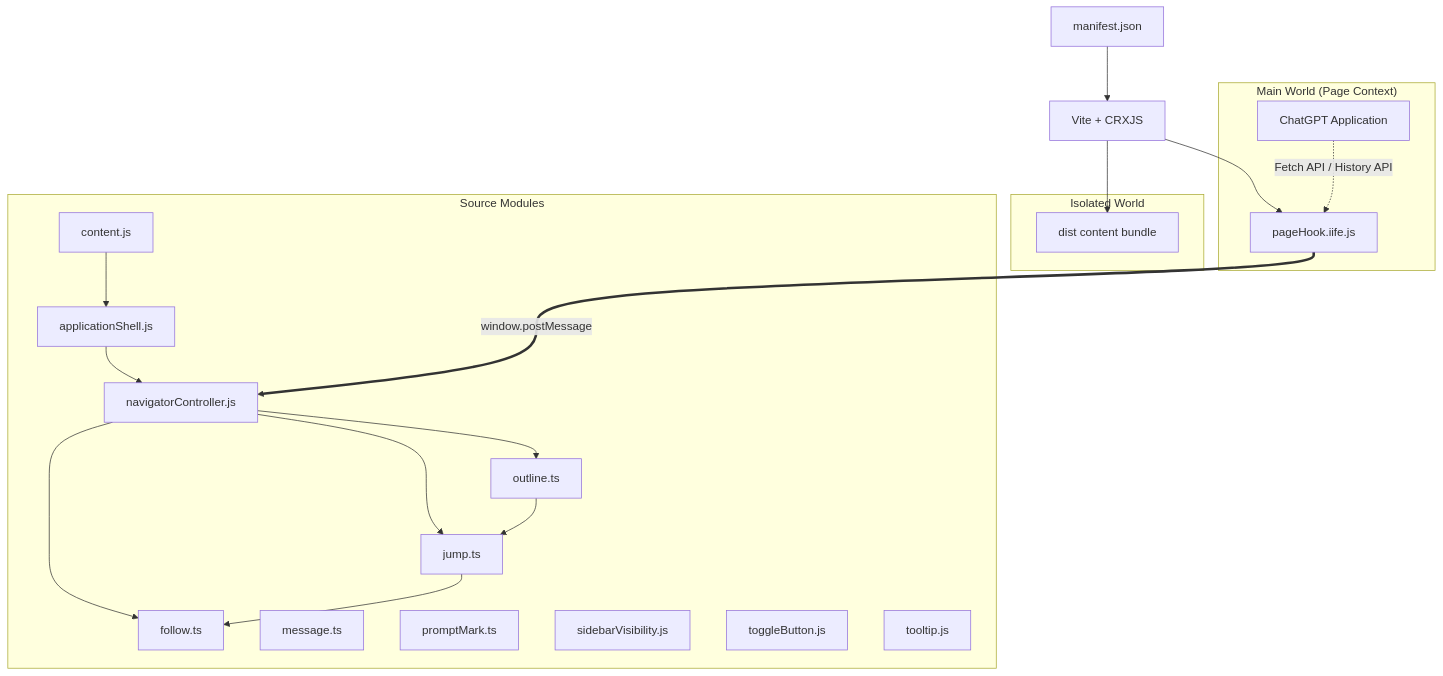
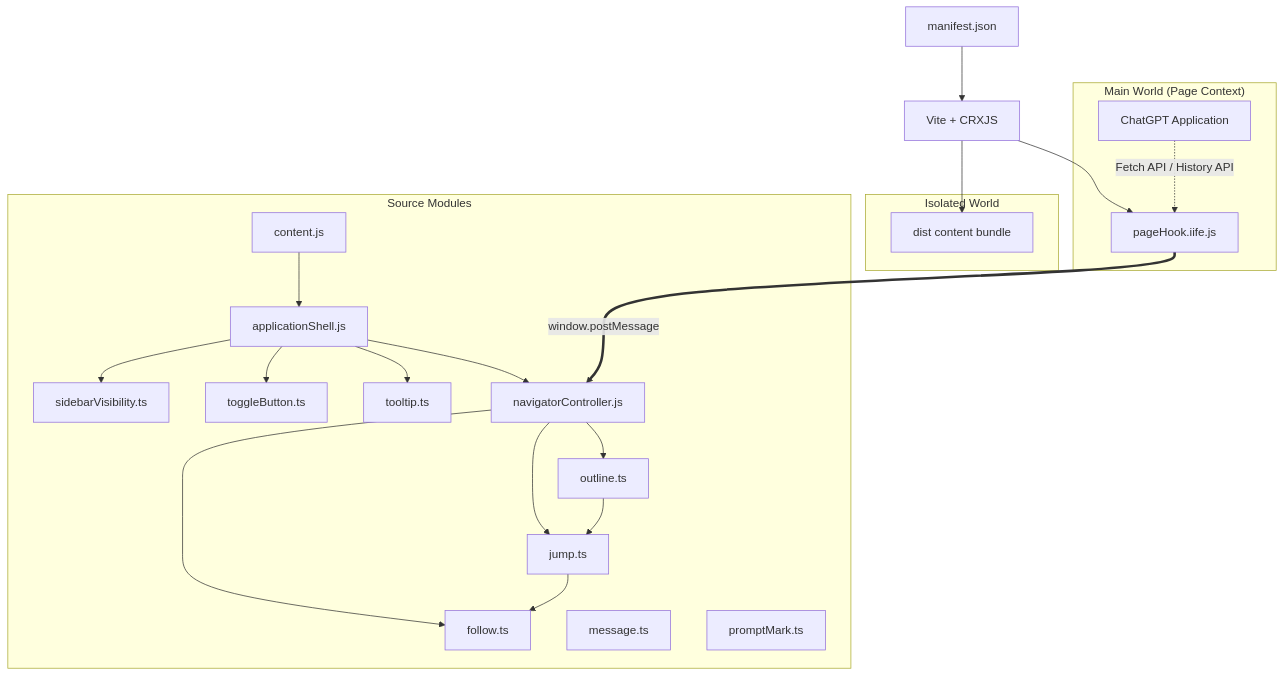
The diagram in docs/ARCHITECTURE.md (Leo7805/luna-toc), drawn with Mermaid before and after one commit. The commit also changed other lines of this file and 14 other files, not shown here.

````diff
--- a/docs/ARCHITECTURE.md
+++ b/docs/ARCHITECTURE.md
@@ -15,41 +15,44 @@
 ```mermaid
 graph TD
     manifest[manifest.json]
     vite[Vite + CRXJS]
 
     subgraph sourceModules["Source Modules"]
         content[content.js]
         outline[outline.ts]
         follow[follow.ts]
         jump[jump.ts]
         msg[message.ts]
         mark[promptMark.ts]
-        vis[sidebarVisibility.js]
-        btn[toggleButton.js]
-        tip[tooltip.js]
+        vis[sidebarVisibility.ts]
+        btn[toggleButton.ts]
+        tip[tooltip.ts]
         navigator[navigatorController.js]
         shell[applicationShell.js]
     end
 
     subgraph isolatedWorld["Isolated World"]
         contentBundle[dist content bundle]
     end
 
     subgraph mainWorld["Main World (Page Context)"]
         hook[pageHook.iife.js]
         chatgpt[ChatGPT Application]
     end
 
     manifest --> vite
     content --> shell
     shell --> navigator
+    shell --> vis
+    shell --> btn
+    shell --> tip
     navigator --> outline
     navigator --> jump
     navigator --> follow
     outline --> jump
     jump --> follow
     vite --> contentBundle
     vite --> hook
     hook ===>|window.postMessage| navigator
     chatgpt -.->|Fetch API / History API| hook
 ```
````
